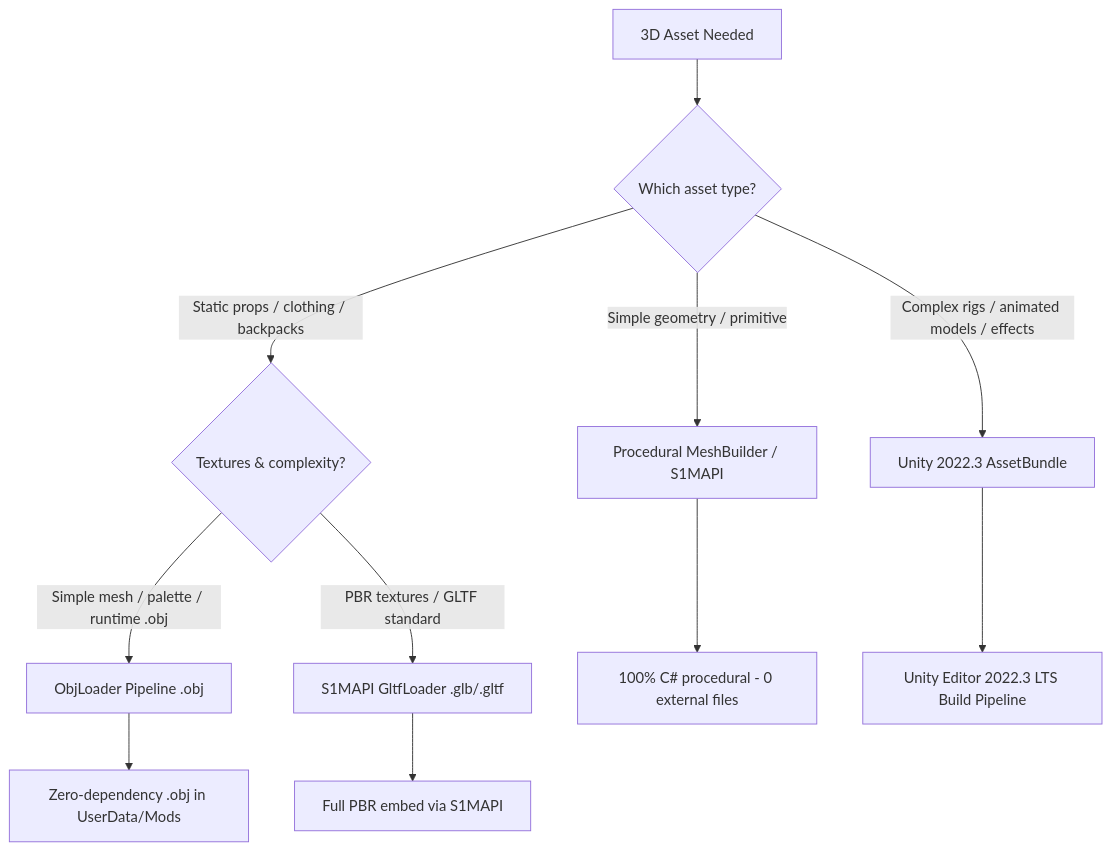
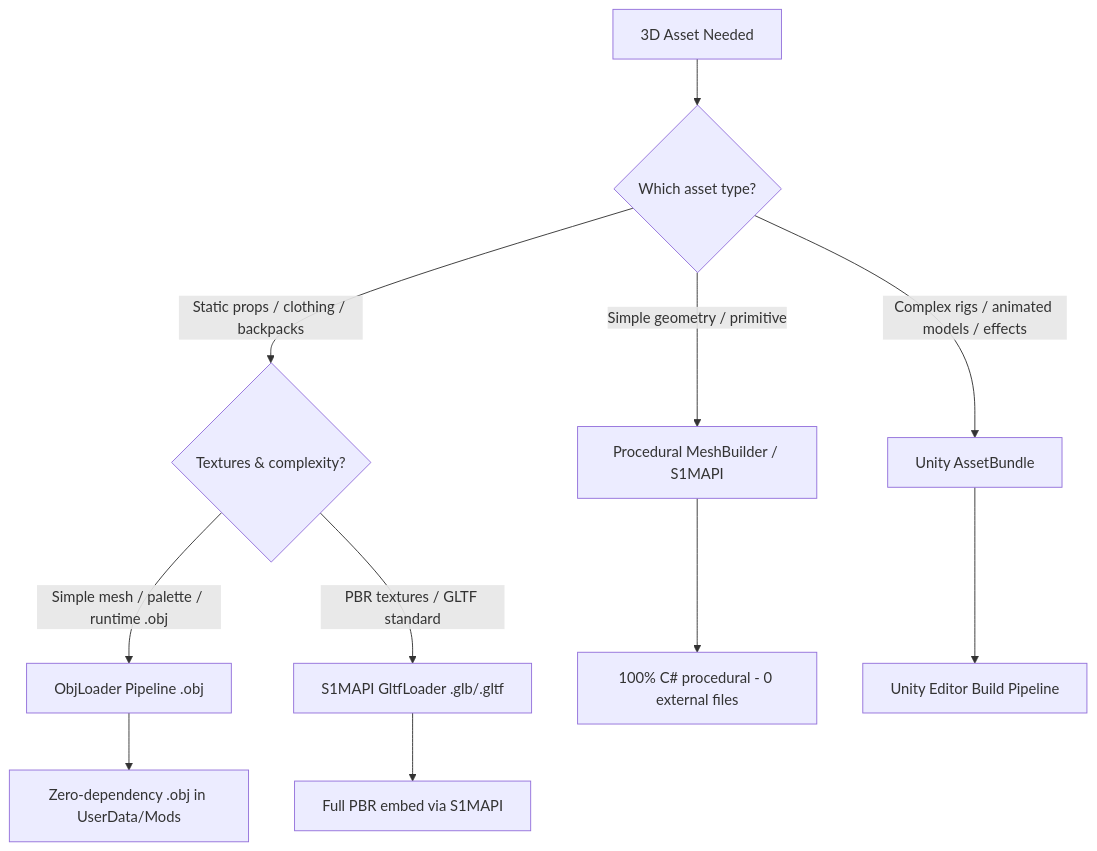
One commit to domi7602/Schedule1-mod-only changed the diagram in Skills/schedule1-3d-assets/SKILL.md. Above: the diagram before and after it, drawn with Mermaid. The commit also changed other lines of this file and 159 other files, not shown here.

````diff
--- a/Skills/schedule1-3d-assets/SKILL.md
+++ b/Skills/schedule1-3d-assets/SKILL.md
@@ -19,16 +19,16 @@
 ```mermaid
 flowchart TD
     Start[3D Asset Needed] --> Type{Which asset type?}
 
     Type -->|Simple geometry / primitive| A[Procedural MeshBuilder / S1MAPI]
     Type -->|Static props / clothing / backpacks| B{Textures & complexity?}
-    Type -->|Complex rigs / animated models / effects| C[Unity 2022.3 AssetBundle]
+    Type -->|Complex rigs / animated models / effects| C[Unity AssetBundle]
 
     B -->|Simple mesh / palette / runtime .obj| D[ObjLoader Pipeline .obj]
     B -->|PBR textures / GLTF standard| E[S1MAPI GltfLoader .glb/.gltf]
 
     A --> Out1[100% C# procedural - 0 external files]
     D --> Out2[Zero-dependency .obj in UserData/Mods]
     E --> Out3[Full PBR embed via S1MAPI]
-    C --> Out4[Unity Editor 2022.3 LTS Build Pipeline]
+    C --> Out4[Unity Editor Build Pipeline]
 ```
````
